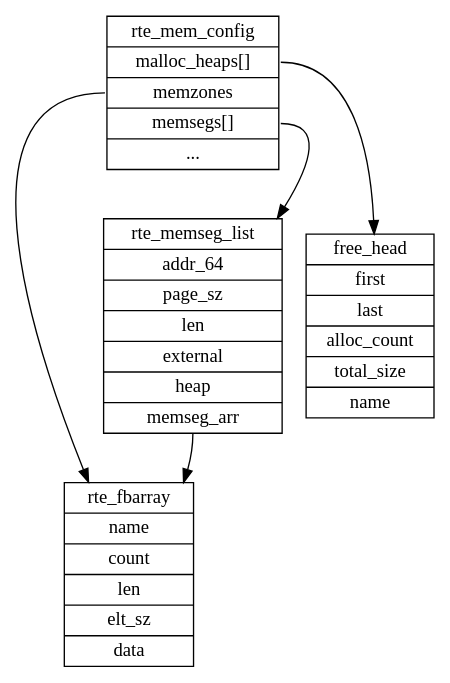
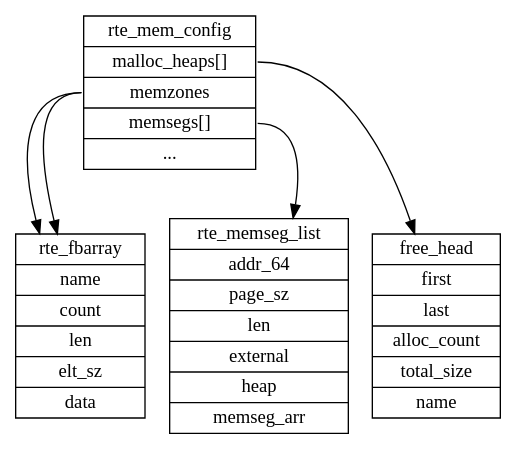
Before and after one commit to sisyphus1212/note: the diagram in dpdk/内存管理.md, drawn with Graphviz.

Commit message:
auto_update

````diff
--- a/dpdk/内存管理.md
+++ b/dpdk/内存管理.md
@@ -16,52 +16,52 @@
 ```graphviz
 digraph {
-	rte_mem_config[
+	mem_cfg [
 		label = "{
 		<f0>rte_mem_config|
         <f1>malloc_heaps[]|
 		<f2>memzones|
 		<f3>memsegs[]|
 		<f4>...
 		}",
 		shape = "record"
 	];
 	rte_fbarray[
 		label = "{
 		rte_fbarray|
         name|
 		count|
 		len|
 		elt_sz|
 		data
 		}",
 		shape = "record"
 	];
 	rte_memseg_list[
 		label = "{
 		<f0>rte_memseg_list|
 		<f1>addr_64|
 		<f2>page_sz|
 		<f3>len|
 		<f4>external|
 		<f5>heap |
 		<f6>memseg_arr
 		}",
 		shape = "record"
 	];
 	malloc_heap[
 		label = "{
 		free_head|
 		first|
         last|
 		alloc_count|
 		total_size|
 		name
 		}",
 		shape = "record"
 	];
-	rte_mem_config:f1 -> malloc_heap
-	rte_mem_config:f2 -> rte_fbarray
-	rte_mem_config:f3 -> rte_memseg_list
-	rte_memseg_list:f6 -> rte_fbarray
+	mem_cfg :f1 -> malloc_heap
+	mem_cfg :f2 -> rte_fbarray
+	mem_cfg :f3 -> rte_memseg_list
+	mem_cfg :f6 -> rte_fbarray
 }
 ```
````
